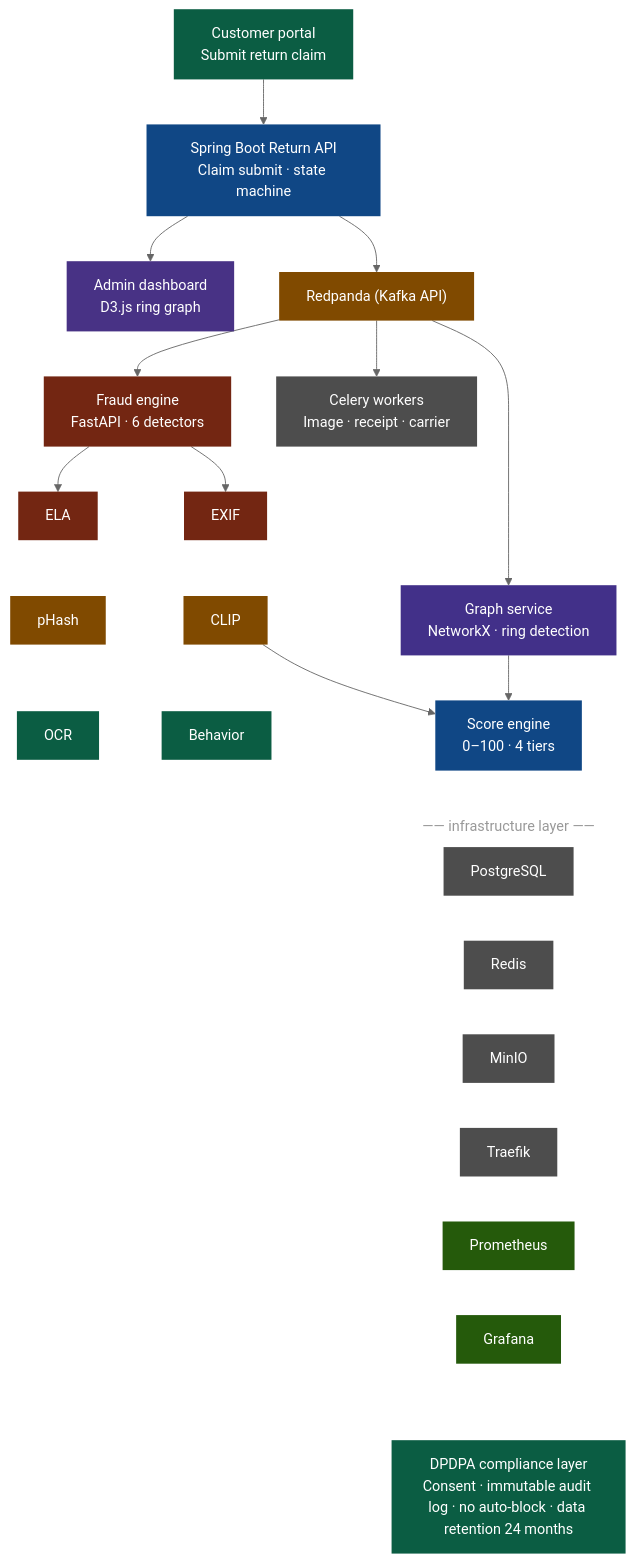
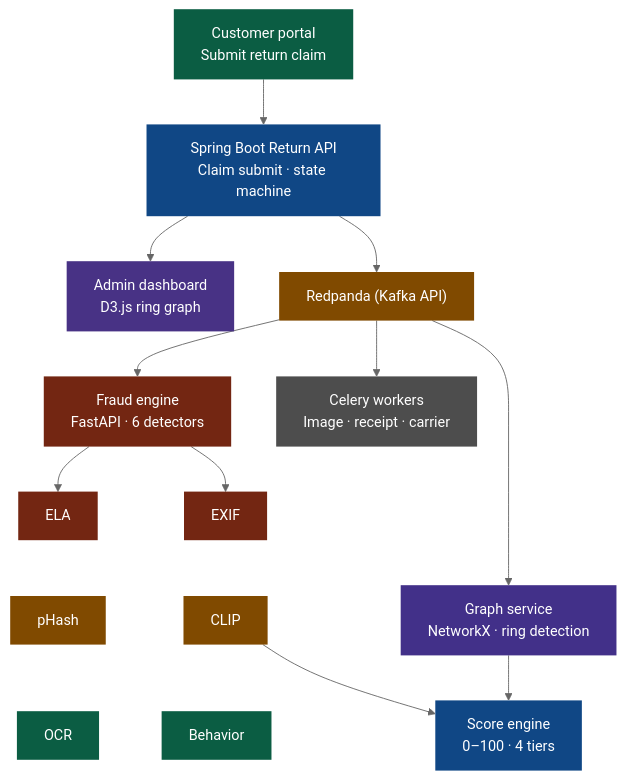
One commit to Gurumurthys1/hackhustle changed the diagram in README.md. Above: the diagram before and after it, drawn with Mermaid (neutral theme).

````diff
--- a/README.md
+++ b/README.md
@@ -13,56 +13,39 @@
 ```mermaid
 graph TD
     classDef portal fill:#0B5D43,stroke:none,color:white
     classDef spring fill:#104785,stroke:none,color:white
     classDef admin fill:#483285,stroke:none,color:white
     classDef kafka fill:#804A00,stroke:none,color:white
     classDef fraud fill:#732612,stroke:none,color:white
     classDef graphSvc fill:#423089,stroke:none,color:white
     classDef celery fill:#4D4D4D,stroke:none,color:white
     classDef dpdpa fill:#0B5D43,stroke:none,color:white
     classDef detector fill:#732612,stroke:none,color:white
     classDef detector2 fill:#804A00,stroke:none,color:white
     classDef detector3 fill:#0B5D43,stroke:none,color:white
     classDef infra fill:#4D4D4D,stroke:none,color:white
     classDef prom fill:#255A0B,stroke:none,color:white
 
     CP["Customer portal<br/>Submit return claim"]:::portal --> SBOOT["Spring Boot Return API<br/>Claim submit · state machine"]:::spring
     SBOOT --> AD["Admin dashboard<br/>D3.js ring graph"]:::admin
     
     SBOOT --> KAFKA["Redpanda (Kafka API)"]:::kafka
     
     KAFKA --> FE["Fraud engine<br/>FastAPI · 6 detectors"]:::fraud
     KAFKA --> GS["Graph service<br/>NetworkX · ring detection"]:::graphSvc
     KAFKA --> CW["Celery workers<br/>Image · receipt · carrier"]:::celery
     
     %% Aligning the 6 detectors below the Fraud Engine
     FE --> D_ELA["ELA"]:::detector
     FE --> D_EXIF["EXIF"]:::detector
     
     D_ELA ~~~ D_PHASH["pHash"]:::detector2
     D_EXIF ~~~ D_CLIP["CLIP"]:::detector2
     
     D_PHASH ~~~ D_OCR["OCR"]:::detector3
     D_CLIP ~~~ D_BEH["Behavior"]:::detector3
     
     D_CLIP --> SE["Score engine<br/>0–100 · 4 tiers"]:::spring
     GS --> SE
     
-    subgraph Infra [—— infrastructure layer ——]
-        style Infra fill:transparent,stroke:none,color:#999
-        direction LR
-        PG["PostgreSQL"]:::infra
-        REDIS["Redis"]:::infra
-        MINIO["MinIO"]:::infra
-        TRAEFIK["Traefik"]:::infra
-        PROM["Prometheus"]:::prom
-        GRAF["Grafana"]:::prom
-    end
-    
-    %% Force vertical alignment
-    SE ~~~ Infra
-    
-    DPDPA["DPDPA compliance layer<br/>Consent · immutable audit log · no auto-block · data retention 24 months"]:::dpdpa
-    
-    Infra ~~~ DPDPA
 ```
````
